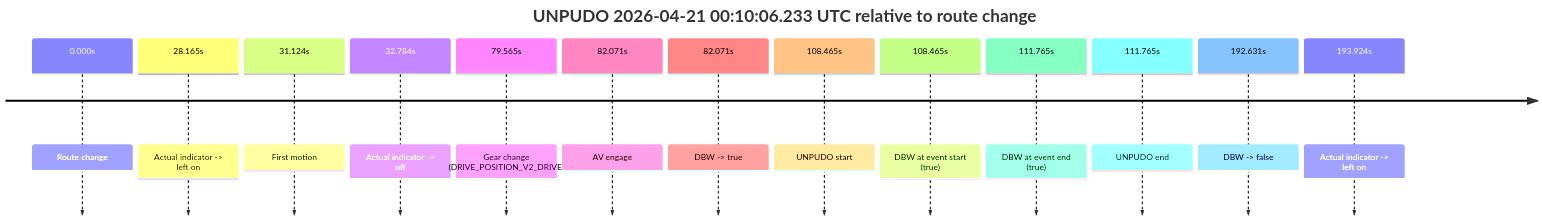
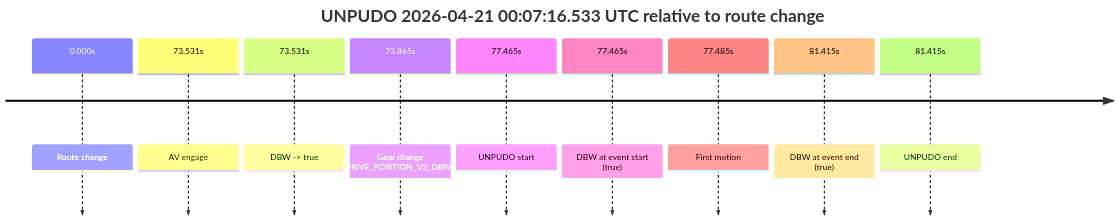
The second of 2 diagrams in model_analysis/report_cards/2026/04/Week-4/fme10011--2026-04-20--22-18-52--gen2-av-bac8f62f-b45e-47ee-bf04-6ab5482424a3.md (yoelshapiro/vault), drawn with Mermaid before and after one commit. The commit also changed other lines of this file and 2 other files, not shown here.

````diff
--- a/model_analysis/report_cards/2026/04/Week-4/fme10011--2026-04-20--22-18-52--gen2-av-bac8f62f-b45e-47ee-bf04-6ab5482424a3.md
+++ b/model_analysis/report_cards/2026/04/Week-4/fme10011--2026-04-20--22-18-52--gen2-av-bac8f62f-b45e-47ee-bf04-6ab5482424a3.md
@@ -232,17 +131,13 @@
 ```mermaid
 timeline
-    title UNPUDO 2026-04-21 00:10:06.233 UTC relative to route change
+    title UNPUDO 2026-04-21 00:07:16.533 UTC relative to route change
     0.000s : Route change
-    28.165s : Actual indicator -> left on
-    31.124s : First motion
-    32.784s : Actual indicator -> off
-    79.565s : Gear change (DRIVE_POSITION_V2_DRIVE)
-    82.071s : AV engage
-    82.071s : DBW -> true
-    108.465s : UNPUDO start
-    108.465s : DBW at event start (true)
-    111.765s : DBW at event end (true)
-    111.765s : UNPUDO end
-    192.631s : DBW -> false
-    193.924s : Actual indicator -> left on
+    73.531s : AV engage
+    73.531s : DBW -> true
+    73.865s : Gear change (DRIVE_POSITION_V2_DRIVE)
+    77.465s : UNPUDO start
+    77.465s : DBW at event start (true)
+    77.485s : First motion
+    81.415s : DBW at event end (true)
+    81.415s : UNPUDO end
 ```
````
